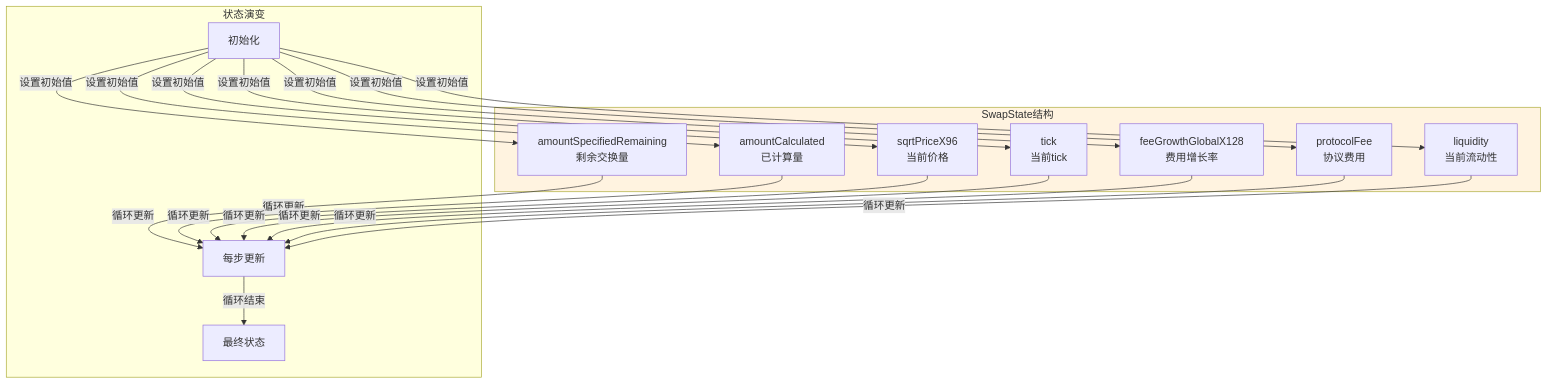
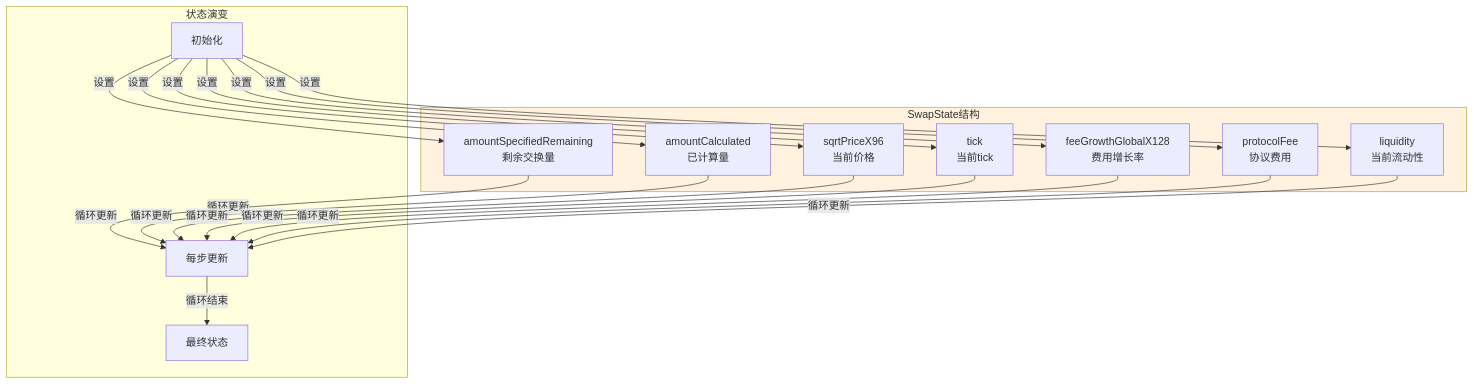
The third of 16 diagrams in DApp_Development/应用场景/defi/uniswap/v3/04-交换机制深度解析.md (blockchainGuide/blockchainguide), drawn with Mermaid before and after one commit. The commit also changed other lines of this file and 14 other files, not shown here.

````diff
--- a/DApp_Development/应用场景/defi/uniswap/v3/04-交换机制深度解析.md
+++ b/DApp_Development/应用场景/defi/uniswap/v3/04-交换机制深度解析.md
@@ -139,24 +150,38 @@
 ```mermaid
 graph TB
     subgraph SwapStateStruct["SwapState结构"]
         S1[amountSpecifiedRemaining<br/>剩余交换量]
         S2[amountCalculated<br/>已计算量]
         S3[sqrtPriceX96<br/>当前价格]
         S4[tick<br/>当前tick]
         S5[feeGrowthGlobalX128<br/>费用增长率]
         S6[protocolFee<br/>协议费用]
         S7[liquidity<br/>当前流动性]
     end
 
     subgraph StateEvolution["状态演变"]
         E1[初始化]
         E2[每步更新]
         E3[最终状态]
     end
 
-    E1 -->|"设置初始值"| S1 & S2 & S3 & S4 & S5 & S6 & S7
-    S1 & S2 & S3 & S4 & S5 & S6 & S7 -->|"循环更新"| E2
+    E1 -->|"设置"| S1
+    E1 -->|"设置"| S2
+    E1 -->|"设置"| S3
+    E1 -->|"设置"| S4
+    E1 -->|"设置"| S5
+    E1 -->|"设置"| S6
+    E1 -->|"设置"| S7
+
+    S1 -->|"循环更新"| E2
+    S2 -->|"循环更新"| E2
+    S3 -->|"循环更新"| E2
+    S4 -->|"循环更新"| E2
+    S5 -->|"循环更新"| E2
+    S6 -->|"循环更新"| E2
+    S7 -->|"循环更新"| E2
+
     E2 -->|"循环结束"| E3
 
     style SwapStateStruct fill:#fff3e0
 ```
````
